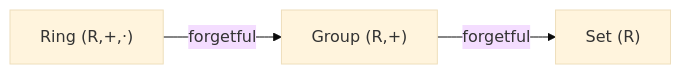
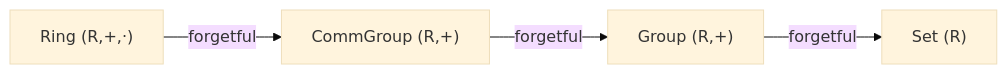
One commit to abderrahim-lectures/lean4-learning changed the fourth of 5 diagrams in lean_book/01-basics/04-terminology.md. Above: the diagram before and after it, drawn with Mermaid (base theme). The commit also changed other lines of this file and 201 other files, not shown here.

````diff
--- a/lean_book/01-basics/04-terminology.md
+++ b/lean_book/01-basics/04-terminology.md
@@ -359,5 +360,6 @@
 ```mermaid
 graph LR
-    Ring["Ring (R,+,&middot;)"] -->|forgetful| Group["Group (R,+)"]
+    Ring["Ring (R,+,&middot;)"] -->|forgetful| CommGroup["CommGroup (R,+)"]
+    CommGroup -->|forgetful| Group["Group (R,+)"]
     Group -->|forgetful| Set["Set (R)"]
 ```
````
